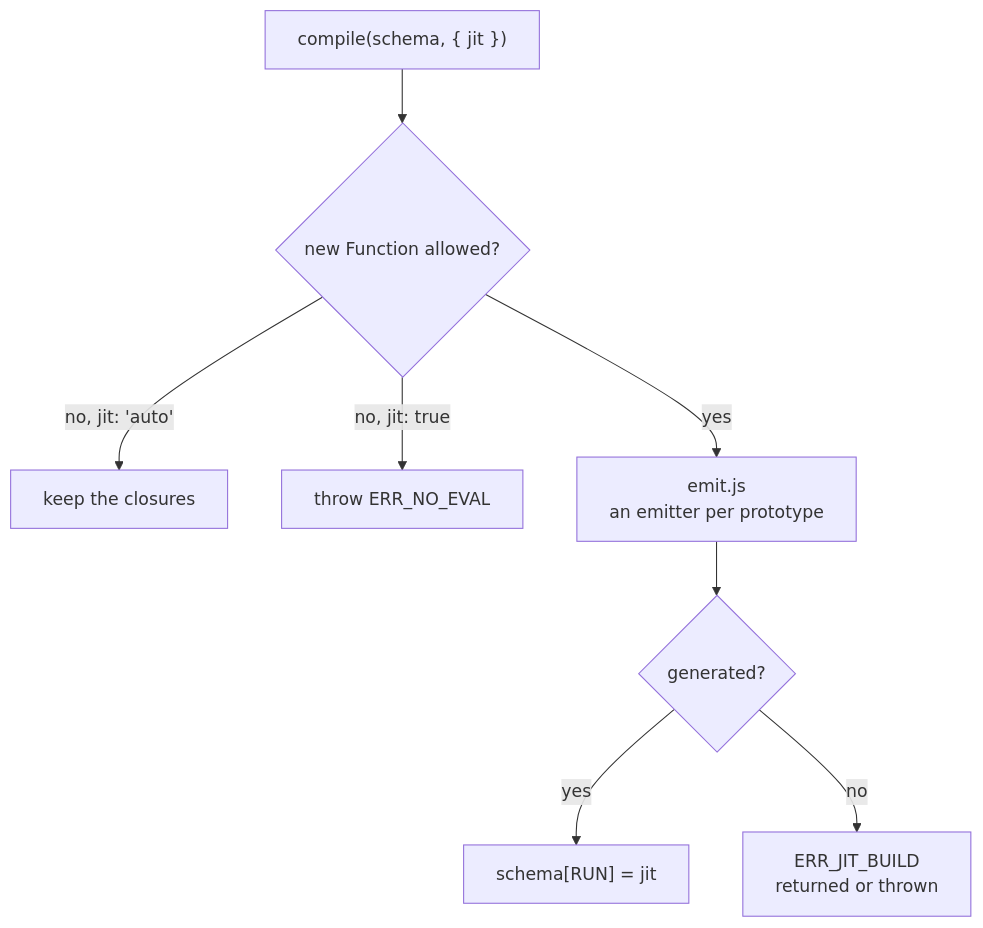
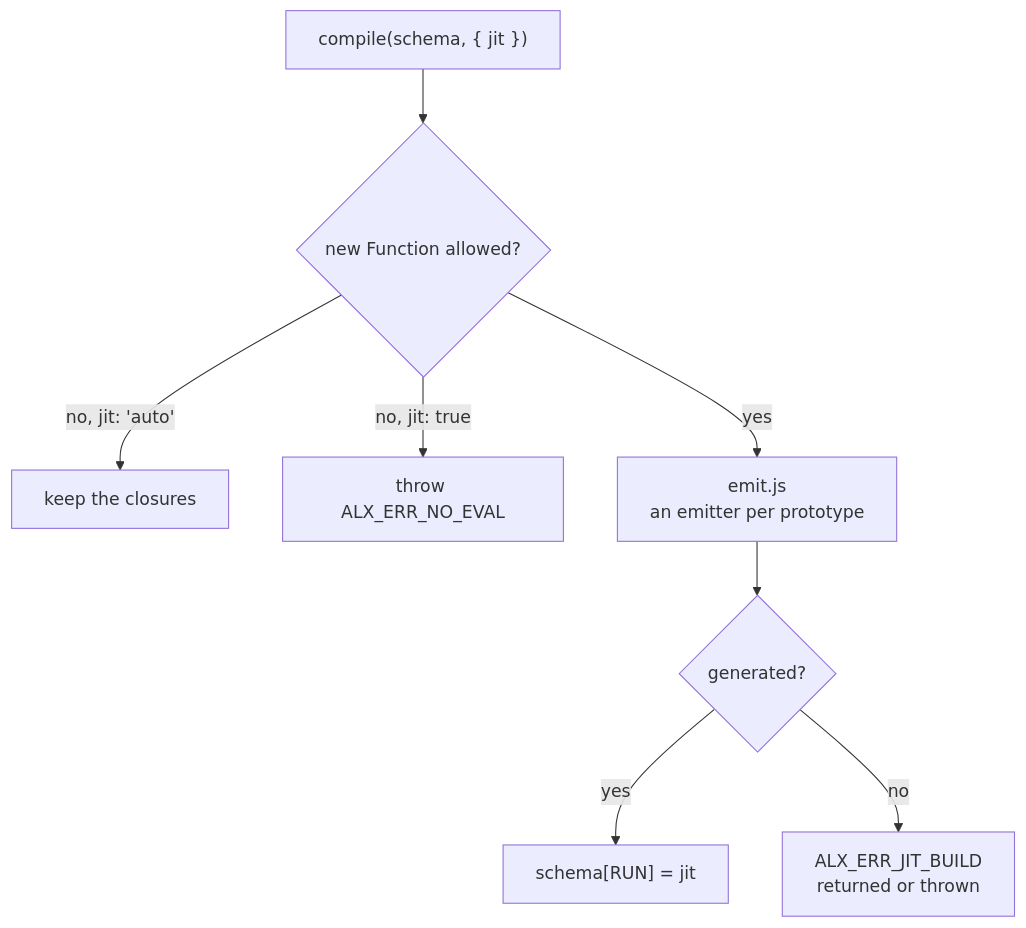
Before and after one commit to Alexis-Technologies/metaschema: the tenth of 10 diagrams in docs/guide/architecture.md, drawn with Mermaid. The commit also changed other lines of this file and 177 other files, not shown here.

````diff
--- a/docs/guide/architecture.md
+++ b/docs/guide/architecture.md
@@ -244,10 +244,10 @@
 ```mermaid
 flowchart TD
     A["compile(schema, { jit })"] --> E{"new Function allowed?"}
     E -->|"no, jit: 'auto'"| KEEP["keep the closures"]
-    E -->|"no, jit: true"| ERR["throw ERR_NO_EVAL"]
+    E -->|"no, jit: true"| ERR["throw ALX_ERR_NO_EVAL"]
     E -->|"yes"| G["emit.js<br/>an emitter per prototype"]
     G --> B{"generated?"}
     B -->|"yes"| R["schema[RUN] = jit"]
-    B -->|"no"| FB["ERR_JIT_BUILD<br/>returned or thrown"]
+    B -->|"no"| FB["ALX_ERR_JIT_BUILD<br/>returned or thrown"]
 ```
````
